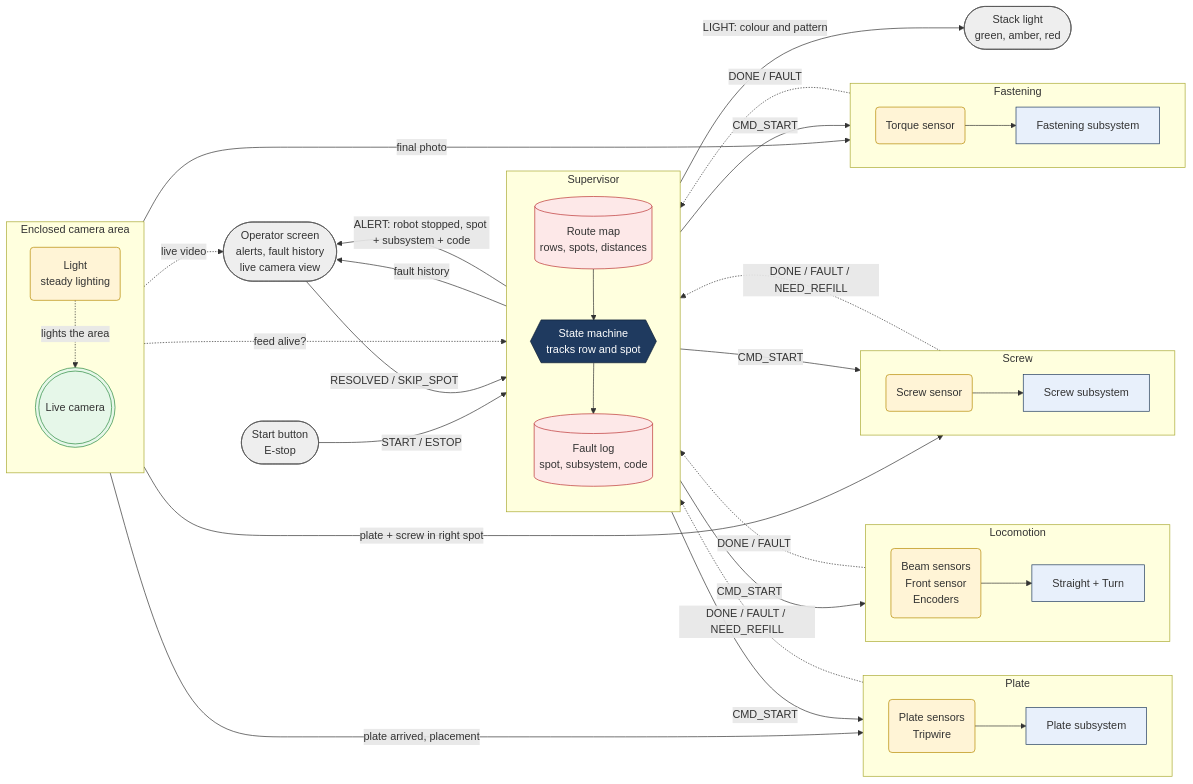
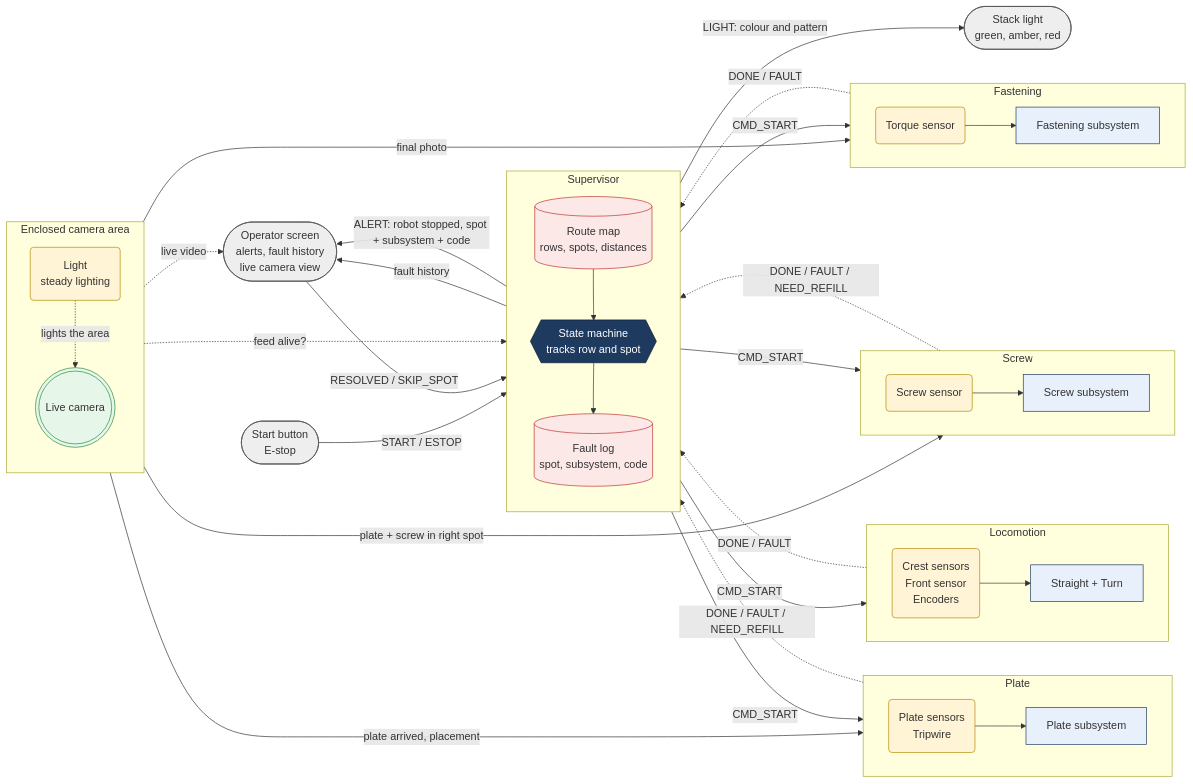
Before and after one commit to bnielse6/robotrac: the diagram in docs/diagrams/1_block_diagram.mmd, drawn with Mermaid. The commit also changed 70 other files, not shown here.

```diff
--- a/docs/diagrams/1_block_diagram.mmd
+++ b/docs/diagrams/1_block_diagram.mmd
@@ -1,64 +1,64 @@
 flowchart LR
   classDef sup fill:#1f3a5f,color:#fff,stroke:#0b1d33
   classDef sub fill:#e8f0fb,stroke:#1f3a5f
   classDef sen fill:#fff4d6,stroke:#b58900
   classDef ext fill:#eee,stroke:#555
   classDef log fill:#fde8e8,stroke:#b33
   classDef cam fill:#e6f7e9,stroke:#2a8a3e
 
   BTN([Start button<br/>E-stop]):::ext
   STK([Stack light<br/>green, amber, red]):::ext
   HMI([Operator screen<br/>alerts, fault history<br/>live camera view]):::ext
 
   subgraph SUPG [Supervisor]
     direction TB
     SUP{{State machine<br/>tracks row and spot}}:::sup
     MAP[(Route map<br/>rows, spots, distances)]:::log
     MAP --> SUP
     LOG[(Fault log<br/>spot, subsystem, code)]:::log
     SUP --> LOG
   end
 
   subgraph L [Locomotion]
     direction LR
-    S1(Beam sensors<br/>Front sensor<br/>Encoders):::sen --> LOC[Straight + Turn]:::sub
+    S1(Crest sensors<br/>Front sensor<br/>Encoders):::sen --> LOC[Straight + Turn]:::sub
   end
   subgraph P [Plate]
     direction LR
     S2(Plate sensors<br/>Tripwire):::sen --> PLT[Plate subsystem]:::sub
   end
   subgraph C [Screw]
     direction LR
     S3(Screw sensor):::sen --> SCR[Screw subsystem]:::sub
   end
   subgraph F [Fastening]
     direction LR
     S4(Torque sensor):::sen --> FST[Fastening subsystem]:::sub
   end
 
   BTN -->|START / ESTOP| SUP
   LOG -->|fault history| HMI
   SUP -->|ALERT: robot stopped, spot + subsystem + code| HMI
   HMI -->|RESOLVED / SKIP_SPOT| SUP
   SUP -->|LIGHT: colour and pattern| STK
 
   SUP -->|CMD_START| LOC
   SUP -->|CMD_START| PLT
   SUP -->|CMD_START| SCR
   SUP -->|CMD_START| FST
   LOC -.->|DONE / FAULT| SUP
   PLT -.->|DONE / FAULT / NEED_REFILL| SUP
   SCR -.->|DONE / FAULT / NEED_REFILL| SUP
   FST -.->|DONE / FAULT| SUP
 
   subgraph ENC [Enclosed camera area]
     direction TB
     CAM(((Live camera))):::cam
     LIGHT(Light<br/>steady lighting):::sen
   end
   LIGHT -.->|lights the area| CAM
   CAM -->|plate arrived, placement| PLT
   CAM -->|plate + screw in right spot| SCR
   CAM -->|final photo| FST
   CAM -.->|feed alive?| SUP
   CAM -.->|live video| HMI
```
